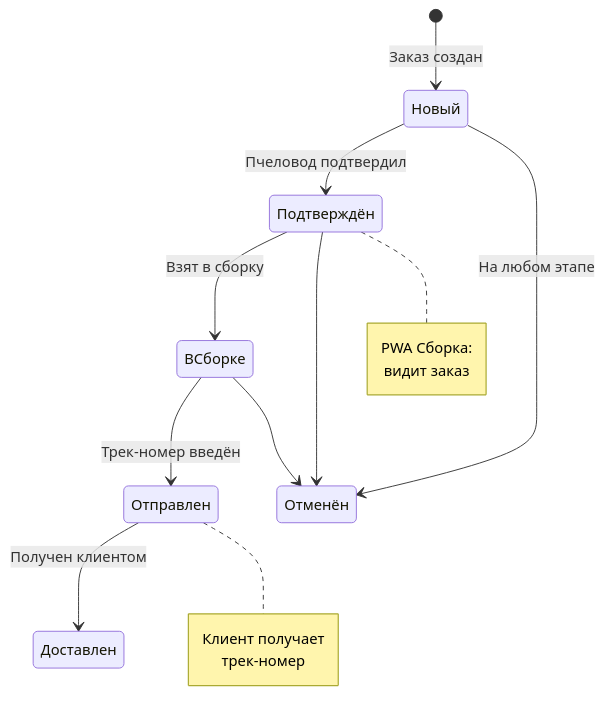
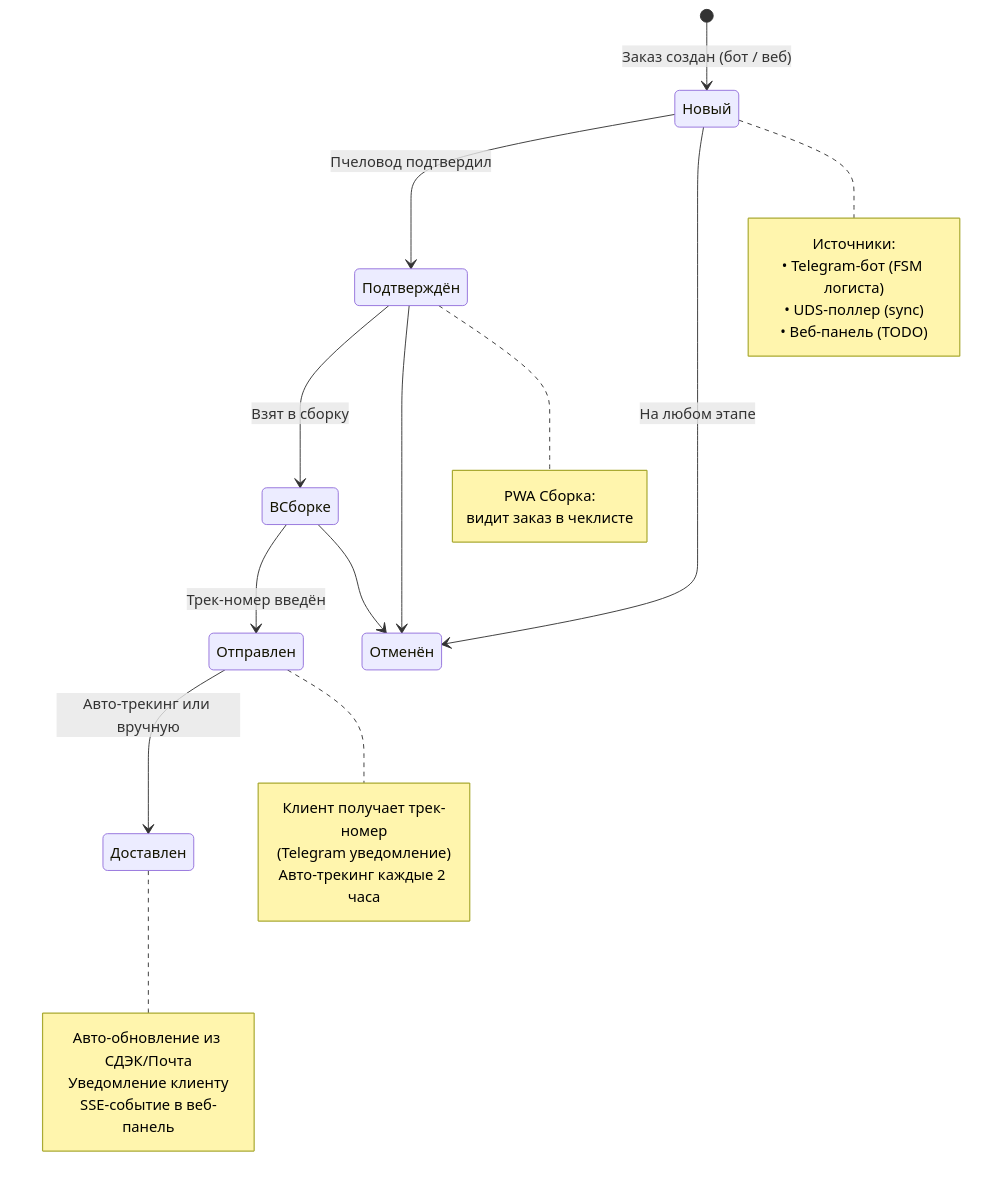
The fifth of 12 diagrams in docs/architecture.md (unidel2035/BEEBOT), drawn with Mermaid before and after one commit. The commit also changed other lines of this file and 14 other files, not shown here.

````diff
--- a/docs/architecture.md
+++ b/docs/architecture.md
@@ -159,21 +198,35 @@
 ```mermaid
 stateDiagram-v2
-    [*] --> Новый: Заказ создан
+    [*] --> Новый: Заказ создан (бот / веб)
     Новый --> Подтверждён: Пчеловод подтвердил
     Подтверждён --> ВСборке: Взят в сборку
     ВСборке --> Отправлен: Трек-номер введён
-    Отправлен --> Доставлен: Получен клиентом
+    Отправлен --> Доставлен: Авто-трекинг или вручную
     Новый --> Отменён: На любом этапе
     Подтверждён --> Отменён
     ВСборке --> Отменён
 
+    note right of Новый
+        Источники:
+        • Telegram-бот (FSM логиста)
+        • UDS-поллер (sync)
+        • Веб-панель (TODO)
+    end note
+
     note right of Подтверждён
         PWA Сборка:
-        видит заказ
+        видит заказ в чеклисте
     end note
 
     note right of Отправлен
-        Клиент получает
-        трек-номер
+        Клиент получает трек-номер
+        (Telegram уведомление)
+        Авто-трекинг каждые 2 часа
+    end note
+
+    note right of Доставлен
+        Авто-обновление из СДЭК/Почта
+        Уведомление клиенту
+        SSE-событие в веб-панель
     end note
 ```
````
